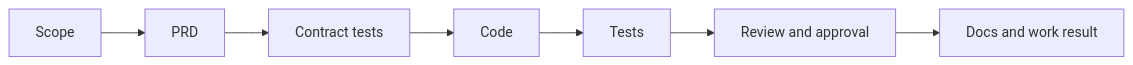
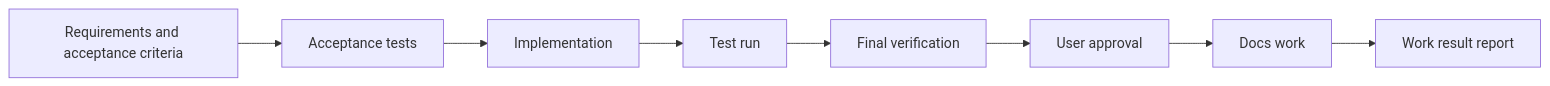
The diagram in README.en.md (kim-svadoz/sugo), drawn with Mermaid before and after one commit. The commit also changed other lines of this file and 7 other files, not shown here.

````diff
--- a/README.en.md
+++ b/README.en.md
@@ -67,4 +71,4 @@
 ```mermaid
 flowchart LR
-    A[Scope] --> B[PRD] --> C[Contract tests] --> D[Code] --> E[Tests] --> F[Review and approval] --> G[Docs and work result]
+    A[Requirements and acceptance criteria] --> B[Acceptance tests] --> C[Implementation] --> D[Test run] --> E[Final verification] --> F[User approval] --> G[Docs work] --> H[Work result report]
 ```
````
